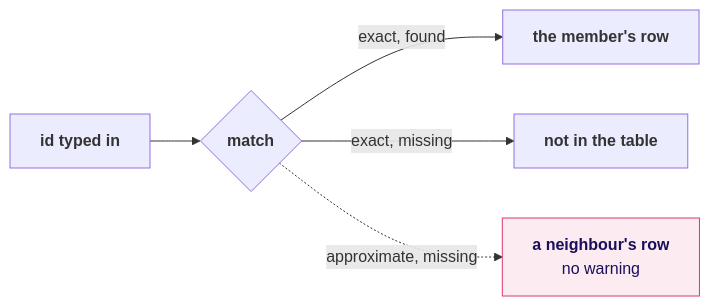
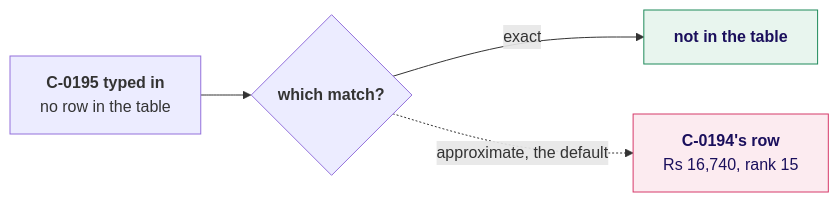
Before and after one commit to fde-academy-lab/c2-content-factory: the fourth of 9 diagrams in content/W02/D5/whiteboards/C2_W02_D05_board_STUDENT.md, drawn with Mermaid. The commit also changed other lines of this file and 4 other files, not shown here.

````diff
--- a/content/W02/D5/whiteboards/C2_W02_D05_board_STUDENT.md
+++ b/content/W02/D5/whiteboards/C2_W02_D05_board_STUDENT.md
@@ -59,9 +69,10 @@
 ```mermaid
 flowchart LR
-    I["<b>id typed in</b>"] --> M{"<b>match</b>"}
-    M -->|"exact, found"| F["<b>the member's row</b>"]
-    M -->|"exact, missing"| N["<b>not in the table</b>"]
-    M -.->|"approximate, missing"| B["<b>a neighbour's row</b><br/>no warning"]
+    I["<b>C-0195 typed in</b><br/>no row in the table"] --> M{"<b>which match?</b>"}
+    M -->|"exact"| N["<b>not in the table</b>"]
+    M -.->|"approximate, the default"| B["<b>C-0194's row</b><br/>Rs 16,740, rank 15"]
     classDef bad fill:#FCEBF0,stroke:#D63A6A,color:#1A0F5C
+    classDef good fill:#E8F5EE,stroke:#1F8A5B,color:#1A0F5C
     class B bad
+    class N good
 ```
````
